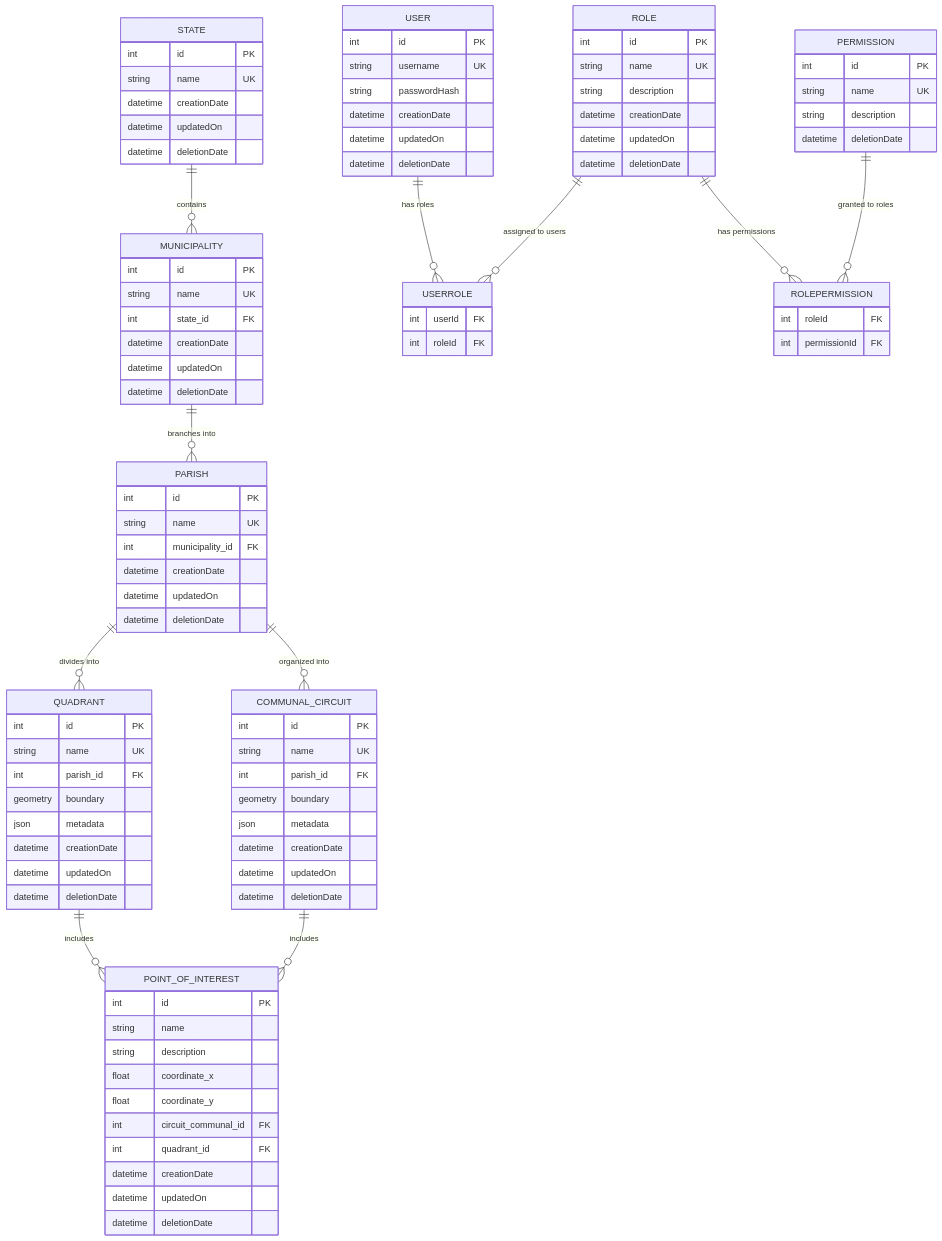
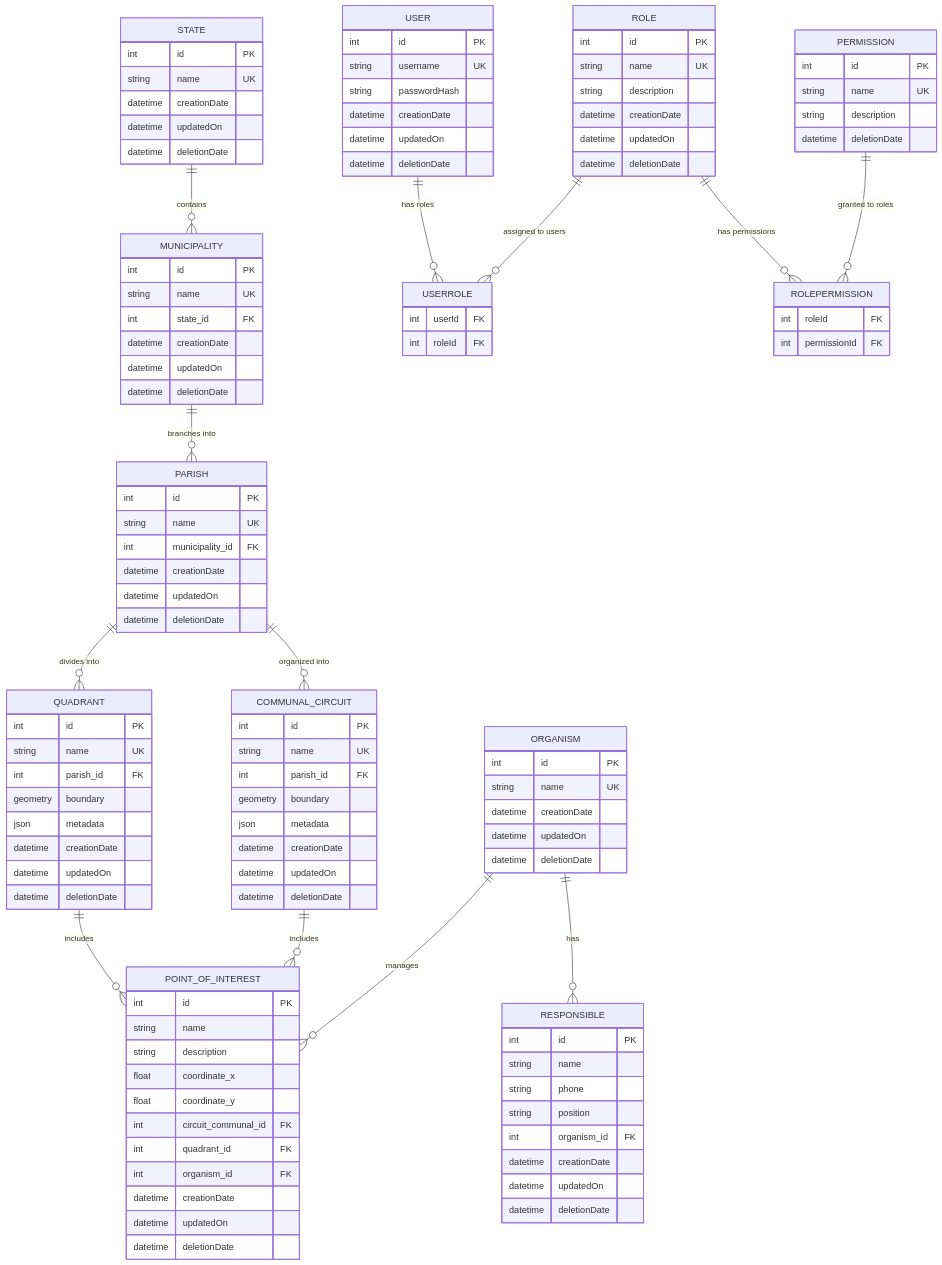
The diagram in backend/README.md (GGabrielDev/map-manager), drawn with Mermaid before and after one commit. The commit also changed other lines of this file and 1 other file, not shown here.

````diff
--- a/backend/README.md
+++ b/backend/README.md
@@ -317,6 +342,26 @@
         float coordinate_y
         int circuit_communal_id FK
         int quadrant_id FK
+        int organism_id FK
+        datetime creationDate
+        datetime updatedOn
+        datetime deletionDate
+    }
+
+    ORGANISM {
+        int id PK
+        string name UK
+        datetime creationDate
+        datetime updatedOn
+        datetime deletionDate
+    }
+
+    RESPONSIBLE {
+        int id PK
+        string name
+        string phone
+        string position
+        int organism_id FK
         datetime creationDate
         datetime updatedOn
         datetime deletionDate
@@ -347,4 +392,8 @@
     %% Points of Interest Relationships
     QUADRANT ||--o{ POINT_OF_INTEREST : "includes"
     COMMUNAL_CIRCUIT ||--o{ POINT_OF_INTEREST : "includes"
+    ORGANISM ||--o{ POINT_OF_INTEREST : "manages"
+
+    %% Organism Relationships
+    ORGANISM ||--o{ RESPONSIBLE : "has"
 ```
````
